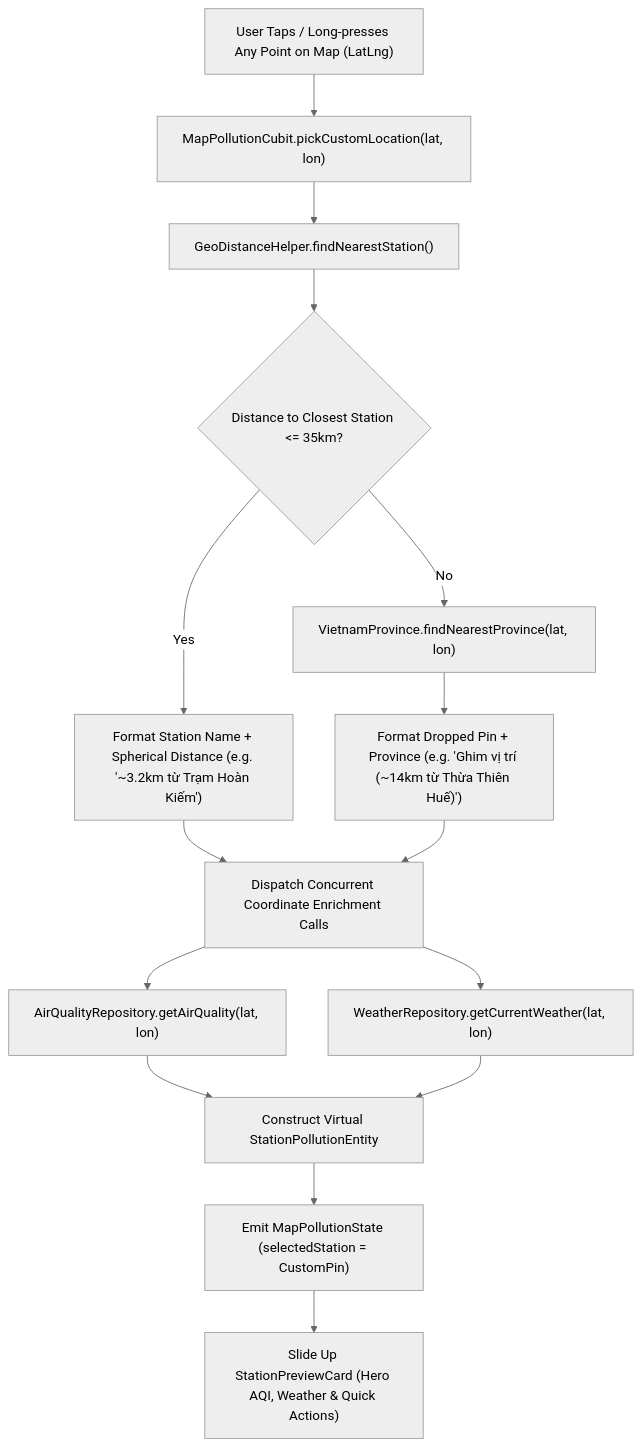
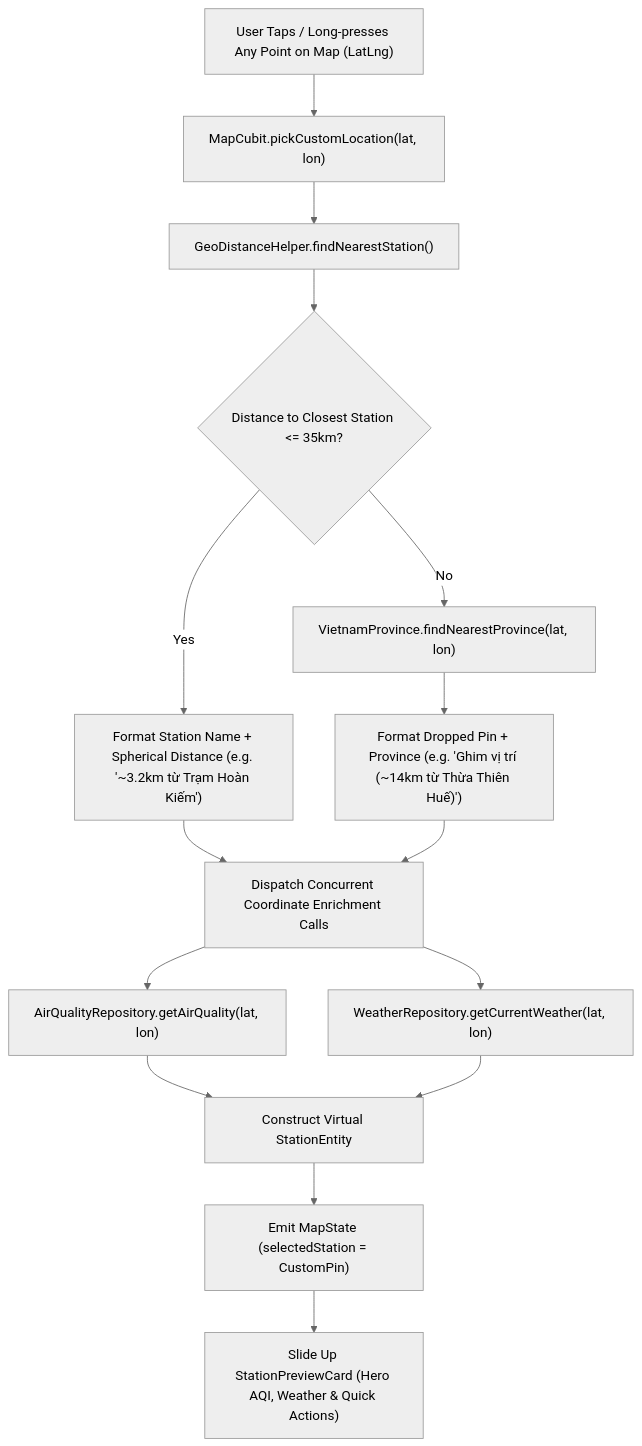
The fourth of 6 diagrams in README.md (Lelequyngocquy/EnviVN), drawn with Mermaid (neutral theme) before and after one commit. The commit also changed other lines of this file and 11 other files, not shown here.

````diff
--- a/README.md
+++ b/README.md
@@ -324,21 +324,21 @@
 ```mermaid
 flowchart TD
-    Tap["User Taps / Long-presses Any Point on Map (LatLng)"] --> Cubit["MapPollutionCubit.pickCustomLocation(lat, lon)"]
+    Tap["User Taps / Long-presses Any Point on Map (LatLng)"] --> Cubit["MapCubit.pickCustomLocation(lat, lon)"]
     Cubit --> Haversine["GeoDistanceHelper.findNearestStation()"]
     
     Haversine --> Check{"Distance to Closest Station <= 35km?"}
     Check -- Yes --> LabelStation["Format Station Name + Spherical Distance (e.g. '~3.2km từ Trạm Hoàn Kiếm')"]
     Check -- No --> LookupProv["VietnamProvince.findNearestProvince(lat, lon)"]
     
     LookupProv --> LabelProv["Format Dropped Pin + Province (e.g. 'Ghim vị trí (~14km từ Thừa Thiên Huế)')"]
     
     LabelStation --> Enrich["Dispatch Concurrent Coordinate Enrichment Calls"]
     LabelProv --> Enrich
     
     Enrich --> API1["AirQualityRepository.getAirQuality(lat, lon)"]
     Enrich --> API2["WeatherRepository.getCurrentWeather(lat, lon)"]
     
-    API1 & API2 --> BuildCard["Construct Virtual StationPollutionEntity"]
-    BuildCard --> State["Emit MapPollutionState (selectedStation = CustomPin)"]
+    API1 & API2 --> BuildCard["Construct Virtual StationEntity"]
+    BuildCard --> State["Emit MapState (selectedStation = CustomPin)"]
     State --> View["Slide Up StationPreviewCard (Hero AQI, Weather & Quick Actions)"]
 ```
````
